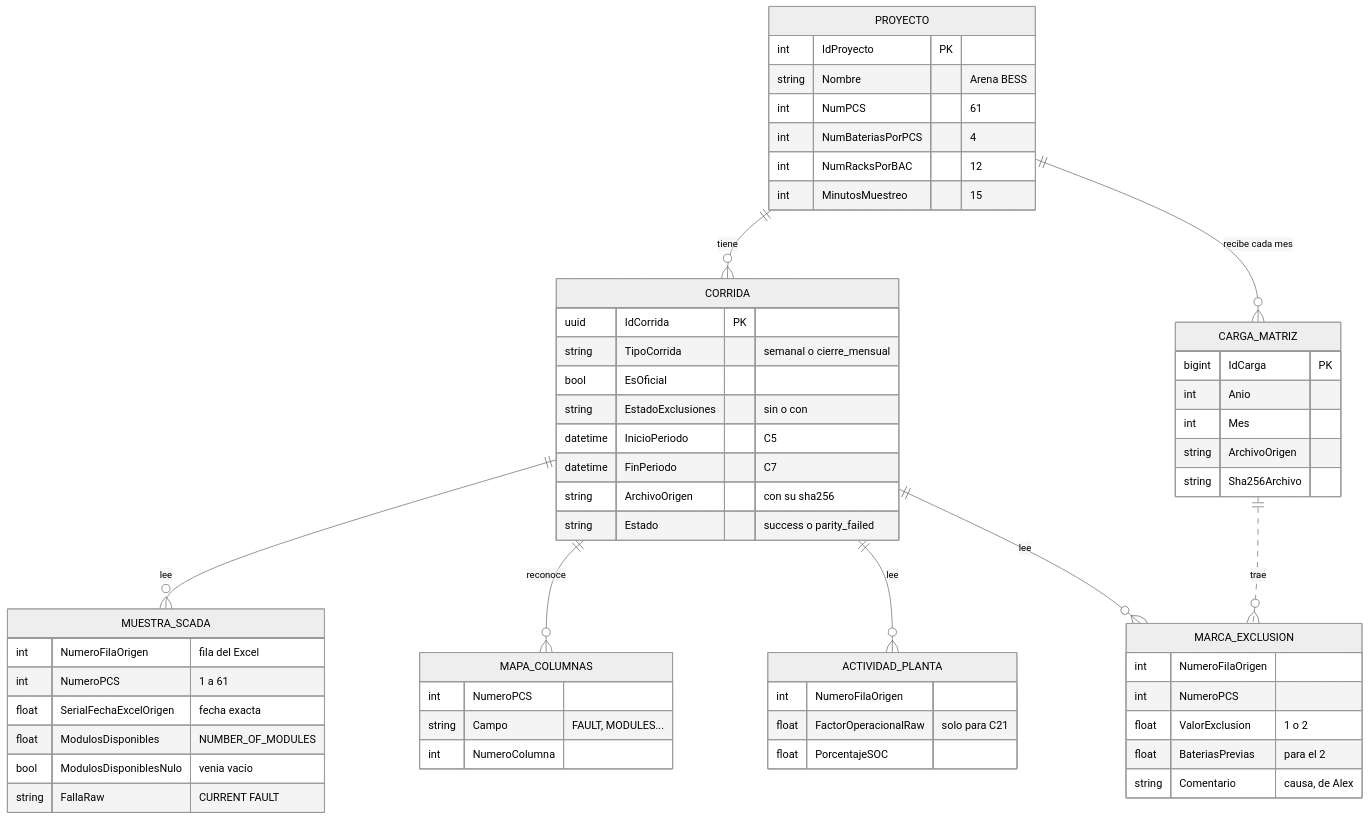
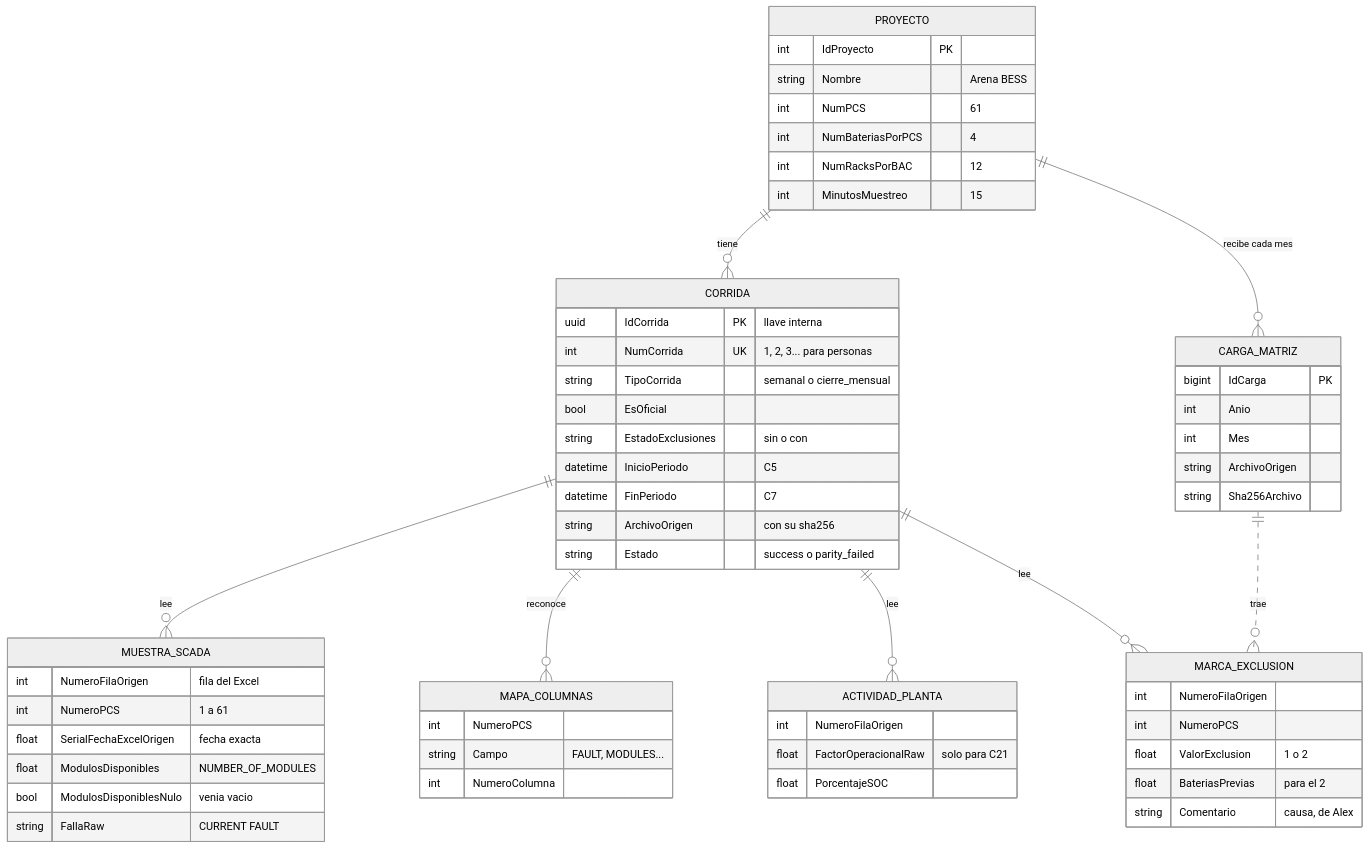
The third of 6 diagrams in docs/modelo-datos.md (franciscobarrientoscaceres/ETL_Arena), drawn with Mermaid before and after one commit. The commit also changed other lines of this file and 22 other files, not shown here.

Commit message:
Add en tabla detenciones DuracionHoras y NumCorrida

````diff
--- a/docs/modelo-datos.md
+++ b/docs/modelo-datos.md
@@ -140,62 +140,63 @@
 ```mermaid
 %%{init: {'theme':'neutral'}}%%
 erDiagram
     PROYECTO ||--o{ CORRIDA : "tiene"
     PROYECTO ||--o{ CARGA_MATRIZ : "recibe cada mes"
     CORRIDA ||--o{ MUESTRA_SCADA : "lee"
     CORRIDA ||--o{ MAPA_COLUMNAS : "reconoce"
     CORRIDA ||--o{ ACTIVIDAD_PLANTA : "lee"
     CORRIDA ||--o{ MARCA_EXCLUSION : "lee"
     CARGA_MATRIZ ||..o{ MARCA_EXCLUSION : "trae"
 
     PROYECTO {
         int IdProyecto PK
         string Nombre "Arena BESS"
         int NumPCS "61"
         int NumBateriasPorPCS "4"
         int NumRacksPorBAC "12"
         int MinutosMuestreo "15"
     }
     CORRIDA {
-        uuid IdCorrida PK
+        uuid IdCorrida PK "llave interna"
+        int NumCorrida UK "1, 2, 3... para personas"
         string TipoCorrida "semanal o cierre_mensual"
         bool EsOficial
         string EstadoExclusiones "sin o con"
         datetime InicioPeriodo "C5"
         datetime FinPeriodo "C7"
         string ArchivoOrigen "con su sha256"
         string Estado "success o parity_failed"
     }
     MUESTRA_SCADA {
         int NumeroFilaOrigen "fila del Excel"
         int NumeroPCS "1 a 61"
         float SerialFechaExcelOrigen "fecha exacta"
         float ModulosDisponibles "NUMBER_OF_MODULES"
         bool ModulosDisponiblesNulo "venia vacio"
         string FallaRaw "CURRENT FAULT"
     }
     MAPA_COLUMNAS {
         int NumeroPCS
         string Campo "FAULT, MODULES..."
         int NumeroColumna
     }
     ACTIVIDAD_PLANTA {
         int NumeroFilaOrigen
         float FactorOperacionalRaw "solo para C21"
         float PorcentajeSOC
     }
     MARCA_EXCLUSION {
         int NumeroFilaOrigen
         int NumeroPCS
         float ValorExclusion "1 o 2"
         float BateriasPrevias "para el 2"
         string Comentario "causa, de Alex"
     }
     CARGA_MATRIZ {
         bigint IdCarga PK
         int Anio
         int Mes
         string ArchivoOrigen
         string Sha256Archivo
     }
 ```
````
